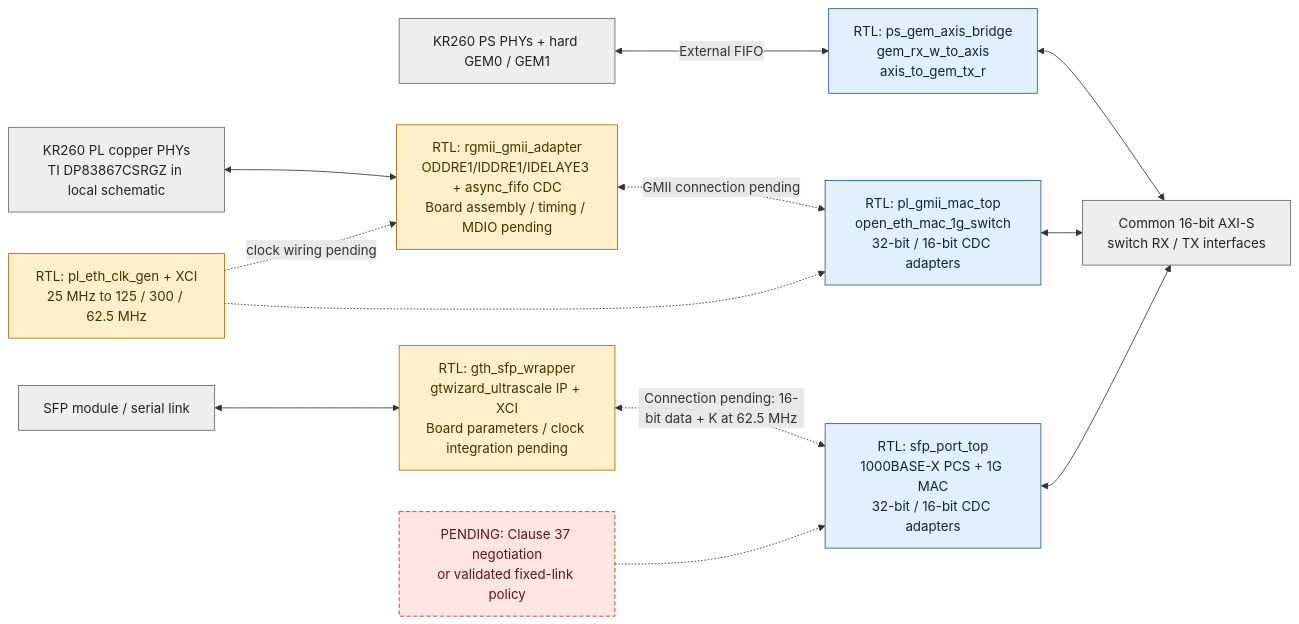
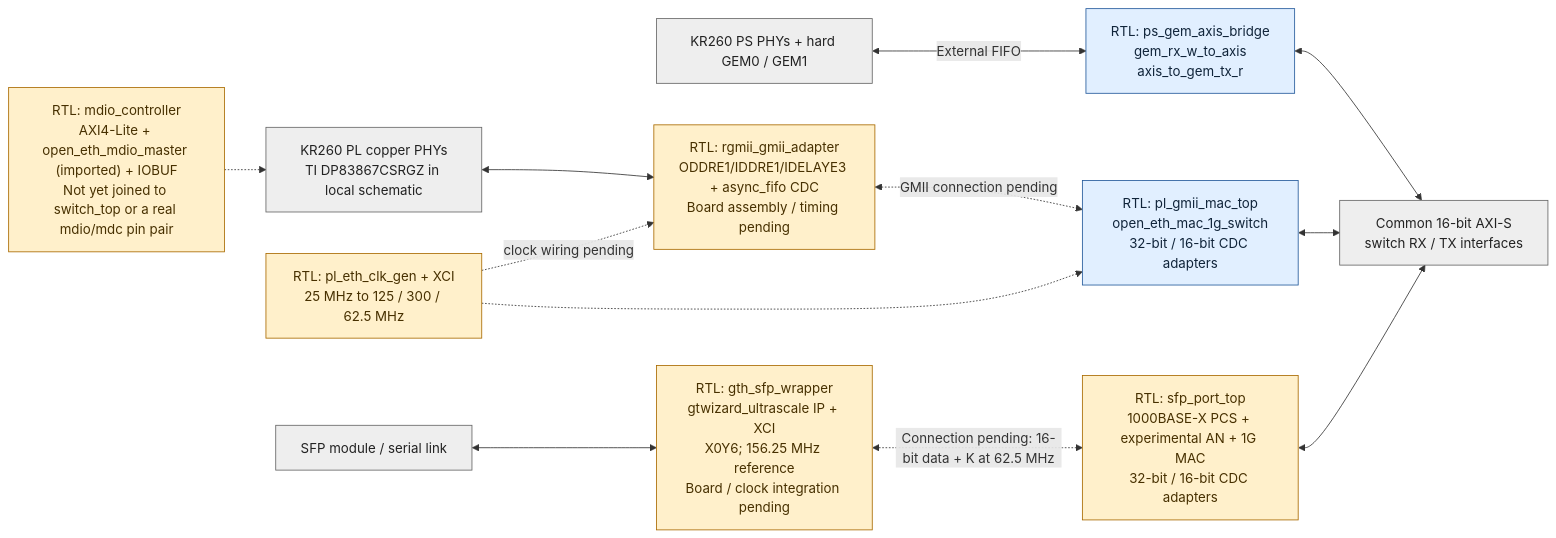
Before and after one commit to GhlHub/open_ethernet_switch: the second of 2 diagrams in docs/architecture.md, drawn with Mermaid. The commit also changed other lines of this file and 18 other files, not shown here.

Commit message:
Add MDIO and SFP negotiation sources; refresh design inventory

````diff
--- a/docs/architecture.md
+++ b/docs/architecture.md
@@ -96,25 +96,24 @@
 ```mermaid
 flowchart LR
     PSHW["KR260 PS PHYs + hard GEM0 / GEM1"] <-->|External FIFO| GEM["RTL: ps_gem_axis_bridge<br/>gem_rx_w_to_axis<br/>axis_to_gem_tx_r"]
     GEM <--> AXIS["Common 16-bit AXI-S<br/>switch RX / TX interfaces"]
 
-    PLPHY["KR260 PL copper PHYs<br/>TI DP83867CSRGZ in local schematic"] <--> RGMII["RTL: rgmii_gmii_adapter<br/>ODDRE1/IDDRE1/IDELAYE3 + async_fifo CDC<br/>Board assembly / timing / MDIO pending"]
+    PLPHY["KR260 PL copper PHYs<br/>TI DP83867CSRGZ in local schematic"] <--> RGMII["RTL: rgmii_gmii_adapter<br/>ODDRE1/IDDRE1/IDELAYE3 + async_fifo CDC<br/>Board assembly / timing pending"]
+    MDIO["RTL: mdio_controller<br/>AXI4-Lite + open_eth_mdio_master (imported) + IOBUF<br/>Not yet joined to switch_top or a real mdio/mdc pin pair"] -.-> PLPHY
     RGMII <-.->|GMII connection pending| PLMAC["RTL: pl_gmii_mac_top<br/>open_eth_mac_1g_switch<br/>32-bit / 16-bit CDC adapters"]
     PLMAC <--> AXIS
     CLK["RTL: pl_eth_clk_gen + XCI<br/>25 MHz to 125 / 300 / 62.5 MHz"] -. clock wiring pending .-> RGMII
     CLK -.-> PLMAC
 
-    OPT["SFP module / serial link"] <--> GT["RTL: gth_sfp_wrapper<br/>gtwizard_ultrascale IP + XCI<br/>Board parameters / clock integration pending"]
-    GT <-.->|Connection pending: 16-bit data + K at 62.5 MHz| PCS["RTL: sfp_port_top<br/>1000BASE-X PCS + 1G MAC<br/>32-bit / 16-bit CDC adapters"]
+    OPT["SFP module / serial link"] <--> GT["RTL: gth_sfp_wrapper<br/>gtwizard_ultrascale IP + XCI<br/>X0Y6; 156.25 MHz reference<br/>Board / clock integration pending"]
+    GT <-.->|Connection pending: 16-bit data + K at 62.5 MHz| PCS["RTL: sfp_port_top<br/>1000BASE-X PCS + experimental AN + 1G MAC<br/>32-bit / 16-bit CDC adapters"]
     PCS <--> AXIS
-    AN["PENDING: Clause 37 negotiation<br/>or validated fixed-link policy"] -.-> PCS
 
     classDef present fill:#e1efff,stroke:#245a9b,color:#10243a
     classDef pending fill:#ffe4e4,stroke:#b52a2a,color:#601515,stroke-dasharray:5 3
     classDef hardware fill:#eeeeee,stroke:#666666,color:#222222
     classDef partial fill:#fff0cb,stroke:#a96a00,color:#473000
-    class GEM,PLMAC,PCS present
-    class GT,RGMII,CLK partial
-    class AN pending
+    class GEM,PLMAC present
+    class GT,RGMII,CLK,MDIO,PCS partial
     class PSHW,PLPHY,OPT,AXIS hardware
 ```
````
